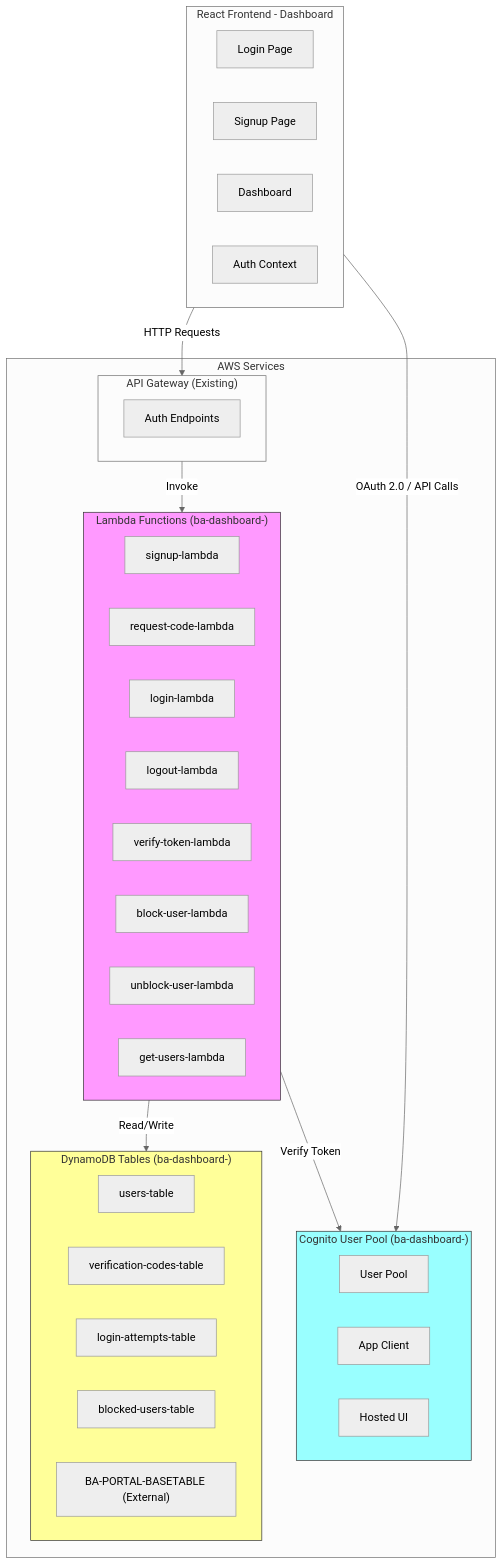
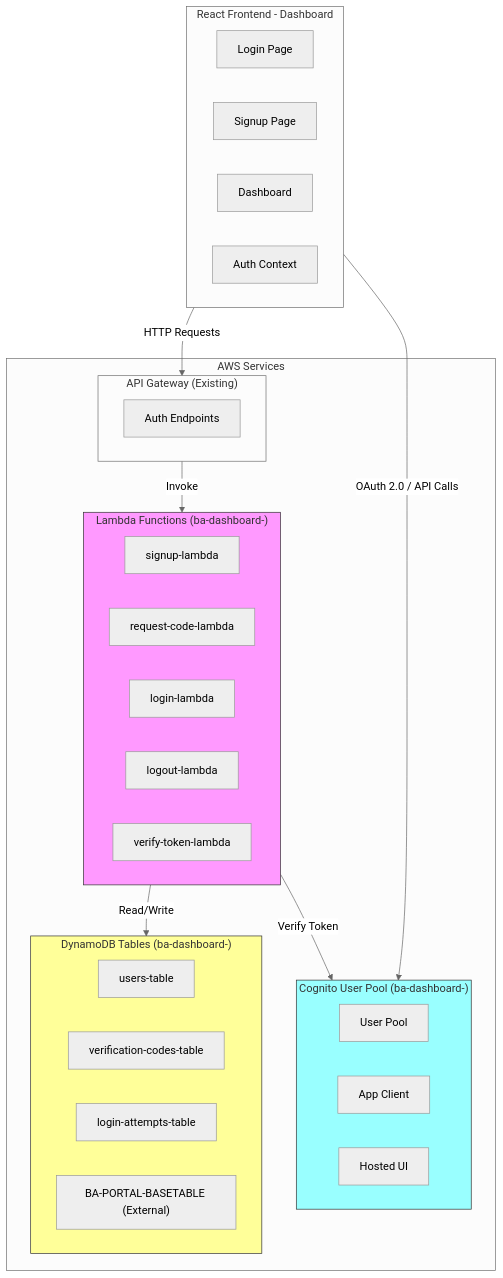
Before and after one commit to DilkuYahoo/tutorai: the first of 3 diagrams in app/ba-portal/PLAN-login-system.md, drawn with Mermaid (neutral theme). The commit also changed other lines of this file and 1 other file, not shown here.

First line of the commit message:
refactor(auth): simplify login system architecture and fix update_table bug

````diff
--- a/app/ba-portal/PLAN-login-system.md
+++ b/app/ba-portal/PLAN-login-system.md
@@ -27,50 +32,46 @@
 ```mermaid
 flowchart TB
     subgraph Frontend["React Frontend - Dashboard"]
         LoginPage["Login Page"]
         SignupPage["Signup Page"]
         Dashboard["Dashboard"]
         AuthContext["Auth Context"]
     end
     
     subgraph AWS["AWS Services"]
         subgraph Cognito["Cognito User Pool (ba-dashboard-)"]
             UserPool["User Pool"]
             AppClient["App Client"]
             HostedUI["Hosted UI"]
         end
         
         subgraph APIGateway["API Gateway (Existing)"]
             AuthAPI["Auth Endpoints"]
         end
         
         subgraph Lambda["Lambda Functions (ba-dashboard-)"]
             SignupLambda["signup-lambda"]
             RequestCodeLambda["request-code-lambda"]
             LoginLambda["login-lambda"]
             LogoutLambda["logout-lambda"]
             VerifyTokenLambda["verify-token-lambda"]
-            BlockUserLambda["block-user-lambda"]
-            UnblockUserLambda["unblock-user-lambda"]
-            GetUsersLambda["get-users-lambda"]
         end
         
         subgraph DynamoDB["DynamoDB Tables (ba-dashboard-)"]
             UsersTable["users-table"]
             VerificationCodesTable["verification-codes-table"]
             LoginAttemptsTable["login-attempts-table"]
-            BlockedUsersTable["blocked-users-table"]
             BaseTable["BA-PORTAL-BASETABLE (External)"]
         end
     end
     
     Frontend -->|"OAuth 2.0 / API Calls"| Cognito
     Frontend -->|"HTTP Requests"| APIGateway
     APIGateway -->|"Invoke"| Lambda
     Lambda -->|"Read/Write"| DynamoDB
     Lambda -->|"Verify Token"| Cognito
     
     style Lambda fill:#f9f,stroke:#333
     style DynamoDB fill:#ff9,stroke:#333
     style Cognito fill:#9ff,stroke:#333
 ```
````
